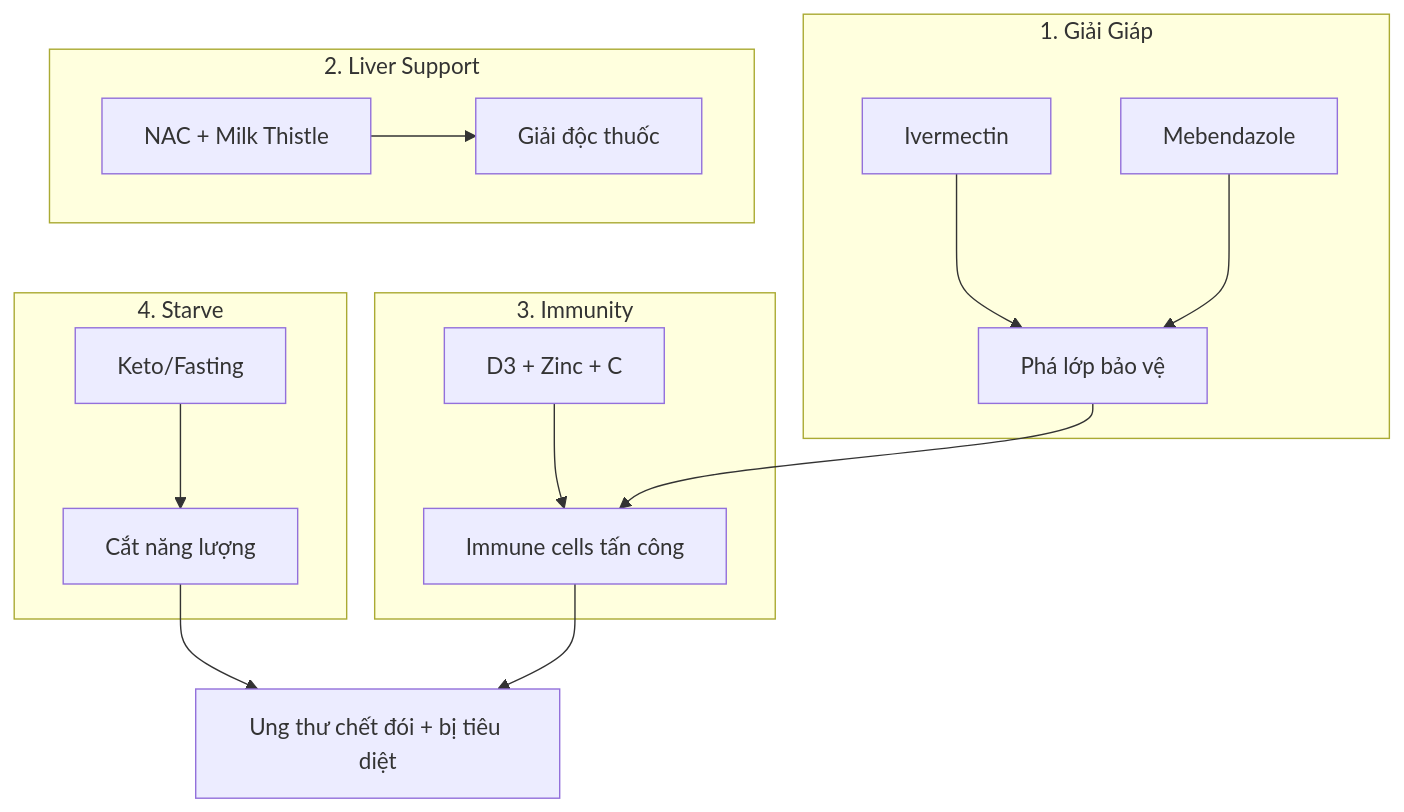
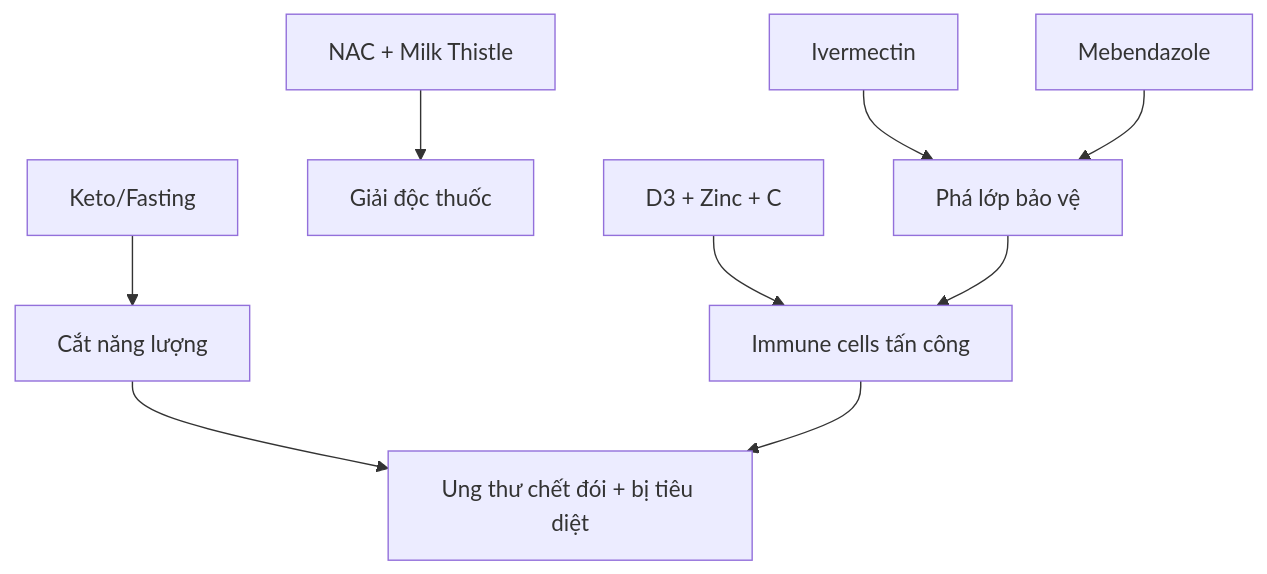
Before and after one commit to dyukahi/knowledge: the fourth of 4 diagrams in health/Ung Thư - Metabolic Protocol.md, drawn with Mermaid.

Commit message:
Fix: Remove unsupported subgraph syntax from Mermaid diagram

````diff
--- a/health/Ung Thư - Metabolic Protocol.md
+++ b/health/Ung Thư - Metabolic Protocol.md
@@ -198,23 +198,15 @@
 ```mermaid
 flowchart TD
-    subgraph "1. Giải Giáp"
-        A1["Ivermectin"] --> A2["Phá lớp bảo vệ"]
-        A3["Mebendazole"] --> A2
-    end
+    A1["Ivermectin"] --> A2["Phá lớp bảo vệ"]
+    A3["Mebendazole"] --> A2
     
-    subgraph "2. Liver Support"
-        B1["NAC + Milk Thistle"] --> B2["Giải độc thuốc"]
-    end
+    B1["NAC + Milk Thistle"] --> B2["Giải độc thuốc"]
     
-    subgraph "3. Immunity"
-        C1["D3 + Zinc + C"] --> C2["Immune cells tấn công"]
-    end
+    C1["D3 + Zinc + C"] --> C2["Immune cells tấn công"]
     
-    subgraph "4. Starve"
-        D1["Keto/Fasting"] --> D2["Cắt năng lượng"]
-    end
+    D1["Keto/Fasting"] --> D2["Cắt năng lượng"]
     
     A2 --> C2
     D2 --> E["Ung thư chết đói + bị tiêu diệt"]
     C2 --> E
 ```
````
